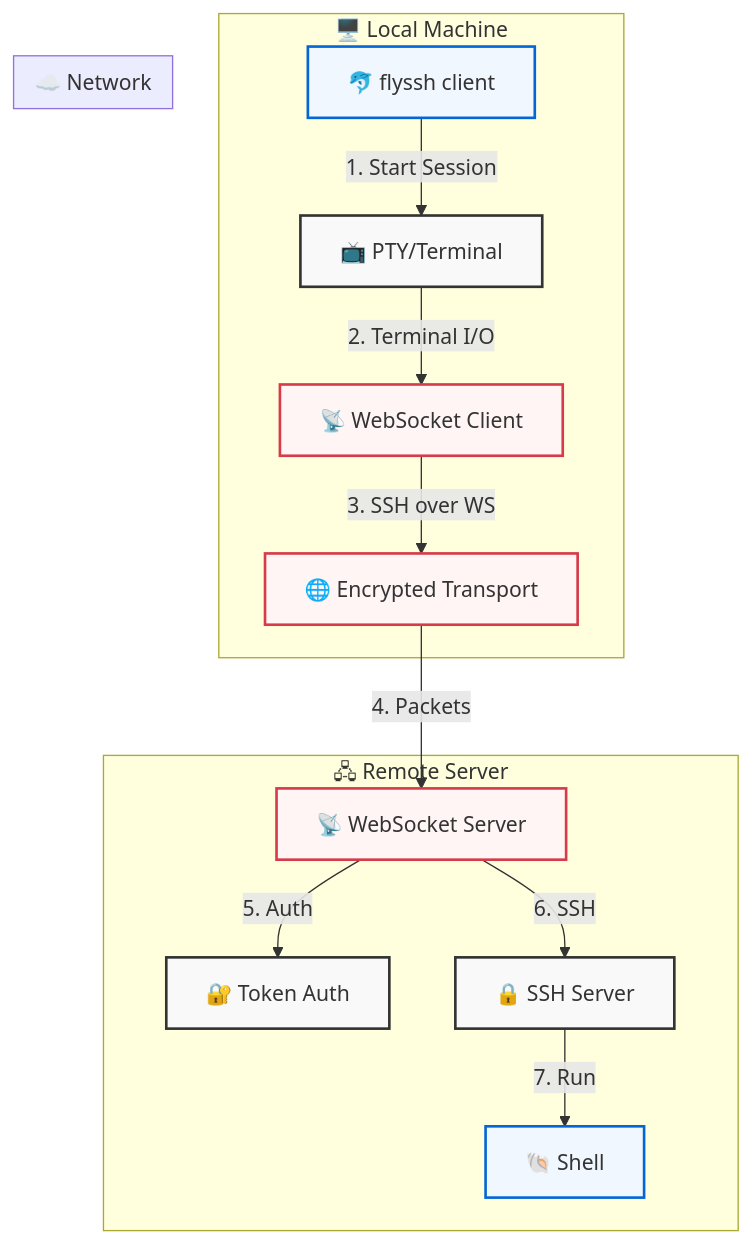
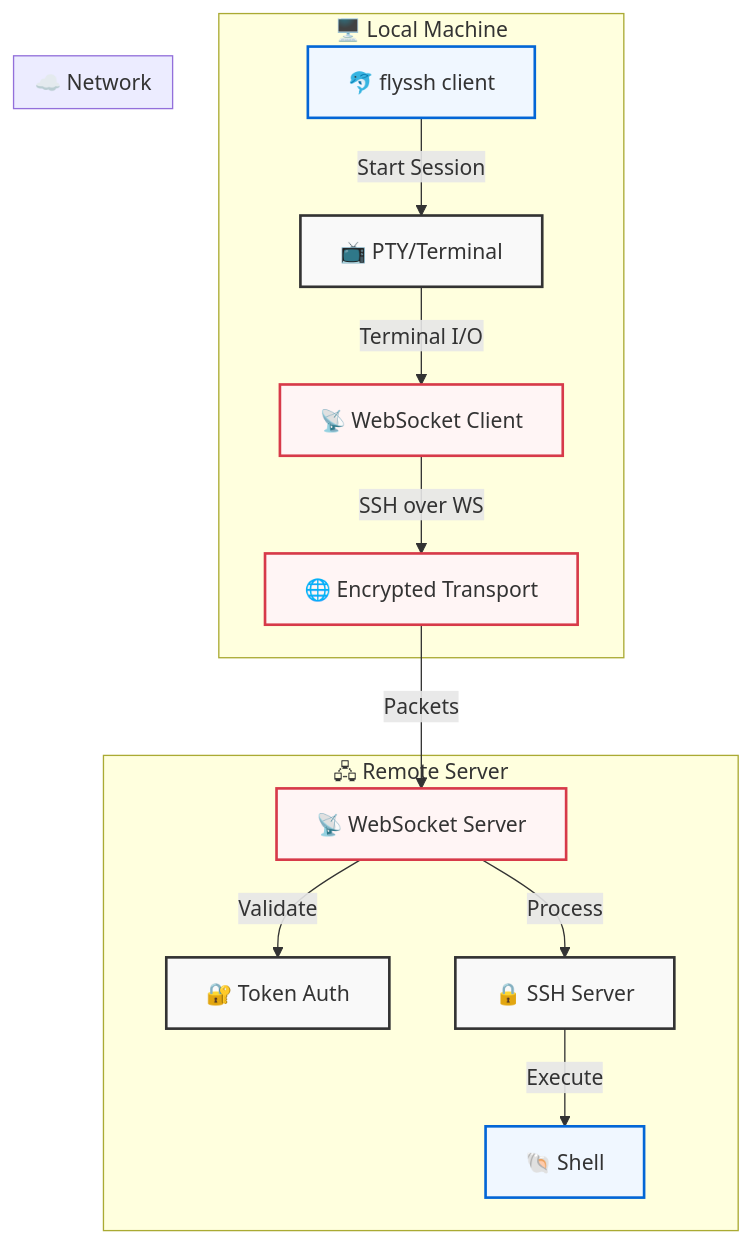
The diagram in README.md (mrkurt/ssh2wss), drawn with Mermaid before and after one commit. The commit also changed other lines of this file, not shown here.

Commit message:
docs: fix mermaid diagram numbered list rendering issue

````diff
--- a/README.md
+++ b/README.md
@@ -59,35 +59,35 @@
 ```mermaid
 graph TB
     subgraph "🖥️ Local Machine"
         CLI["🐬 flyssh client"]
         PTY["📺 PTY/Terminal"]
         WSC["📡 WebSocket Client"]
         
-        CLI --> |"1. Start Session"| PTY
-        PTY --> |"2. Terminal I/O"| WSC
-        WSC --> |"3. SSH over WS"| Internet
+        CLI --> |"Start Session"| PTY
+        PTY --> |"Terminal I/O"| WSC
+        WSC --> |"SSH over WS"| Internet
     end
 
     subgraph "☁️ Network"
         Internet["🌐 Encrypted Transport"]
     end
 
     subgraph "🖧 Remote Server"
         WSS["📡 WebSocket Server"]
         Auth["🔐 Token Auth"]
         SSH["🔒 SSH Server"]
         Shell["🐚 Shell"]
         
-        Internet --> |"4. Packets"| WSS
-        WSS --> |"5. Auth"| Auth
-        WSS --> |"6. SSH"| SSH
-        SSH --> |"7. Run"| Shell
+        Internet --> |"Packets"| WSS
+        WSS --> |"Validate"| Auth
+        WSS --> |"Process"| SSH
+        SSH --> |"Execute"| Shell
     end
 
     classDef default fill:#f9f9f9,stroke:#333,stroke-width:2px;
     classDef highlight fill:#f0f7ff,stroke:#0366d6,stroke-width:2px;
     classDef transport fill:#fff5f5,stroke:#d73a49,stroke-width:2px;
     
     class CLI,Shell highlight;
     class Internet,WSC,WSS transport;
 ```
````
